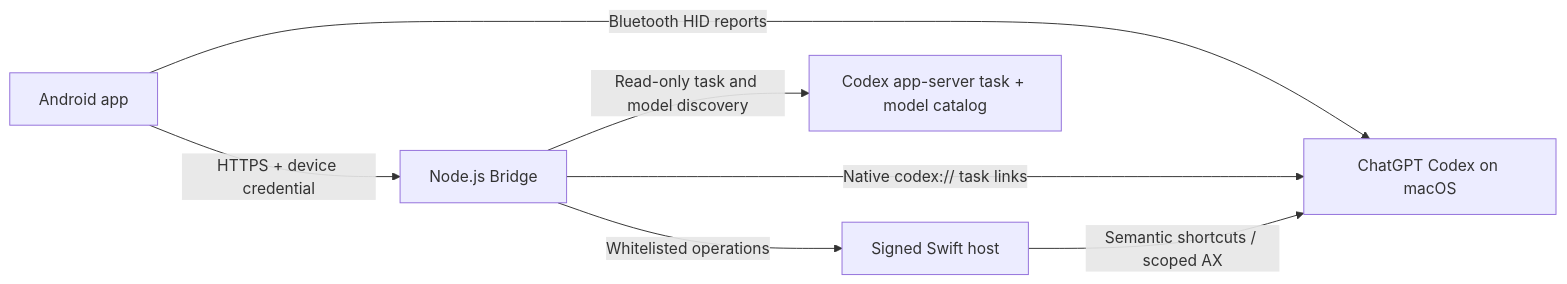
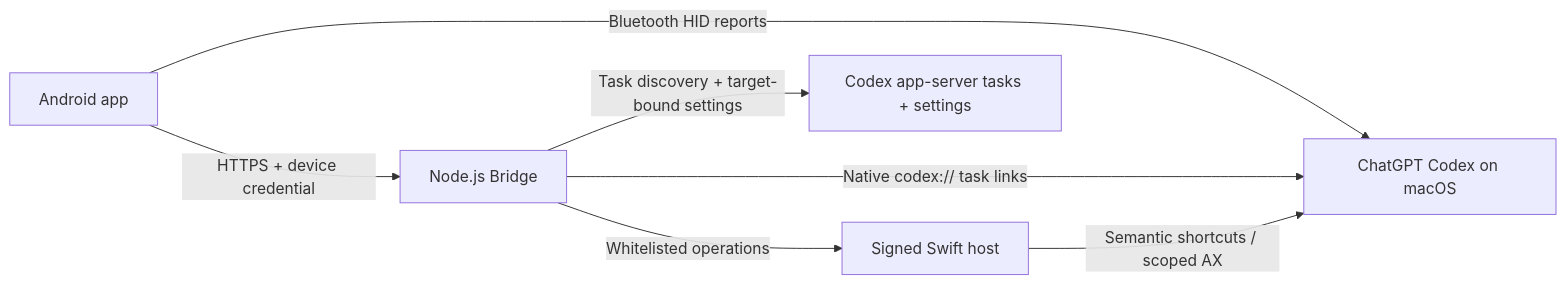
Before and after one commit to mtics/Vibe-Pocket: the diagram in README.md, drawn with Mermaid. The commit also changed other lines of this file and 4 other files, not shown here.

Commit message:
docs: document controller and Micro architecture

````diff
--- a/README.md
+++ b/README.md
@@ -47,15 +47,15 @@
 ```mermaid
 flowchart LR
     phone["Android app"]
     bridge["Node.js Bridge"]
     host["Signed Swift host"]
-    catalog["Codex app-server task + model catalog"]
+    catalog["Codex app-server tasks + settings"]
     desktop["ChatGPT Codex on macOS"]
 
     phone -->|"Bluetooth HID reports"| desktop
     phone -->|"HTTPS + device credential"| bridge
-    bridge -->|"Read-only task and model discovery"| catalog
+    bridge -->|"Task discovery + target-bound settings"| catalog
     bridge -->|"Native codex:// task links"| desktop
     bridge -->|"Whitelisted operations"| host
     host -->|"Semantic shortcuts / scoped AX"| desktop
 ```
````
